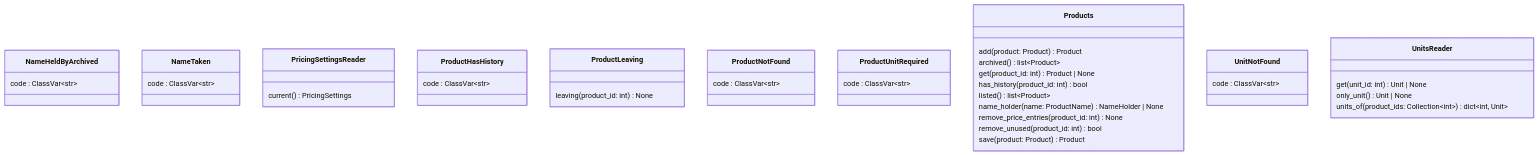
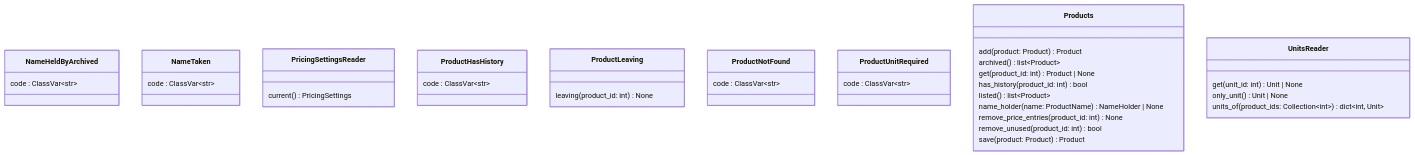
The third of 4 diagrams in docs/architecture/generated/classes/products.md (GonzaloZevallos/apostrophe), drawn with Mermaid before and after one commit. The commit also changed other lines of this file and 4 other files, not shown here.

Commit message:
Regenerate the API and architecture docs for the units routes

````diff
--- a/docs/architecture/generated/classes/products.md
+++ b/docs/architecture/generated/classes/products.md
@@ -138,43 +141,40 @@
 ```mermaid
 classDiagram
   class NameHeldByArchived {
     code : ClassVar~str~
   }
   class NameTaken {
     code : ClassVar~str~
   }
   class PricingSettingsReader {
     current() PricingSettings
   }
   class ProductHasHistory {
     code : ClassVar~str~
   }
   class ProductLeaving {
     leaving(product_id: int) None
   }
   class ProductNotFound {
     code : ClassVar~str~
   }
   class ProductUnitRequired {
     code : ClassVar~str~
   }
   class Products {
     add(product: Product) Product
     archived() list~Product~
     get(product_id: int) Product #124; None
     has_history(product_id: int) bool
     listed() list~Product~
     name_holder(name: ProductName) NameHolder #124; None
     remove_price_entries(product_id: int) None
     remove_unused(product_id: int) bool
     save(product: Product) Product
   }
-  class UnitNotFound {
-    code : ClassVar~str~
-  }
   class UnitsReader {
     get(unit_id: int) Unit #124; None
     only_unit() Unit #124; None
     units_of(product_ids: Collection~int~) dict~int, Unit~
   }
 ```
````
